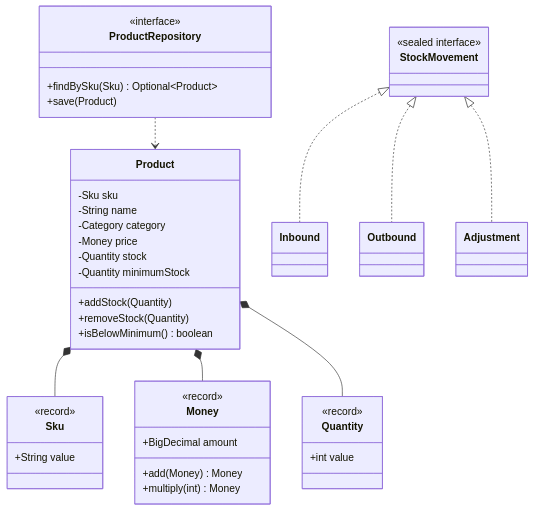
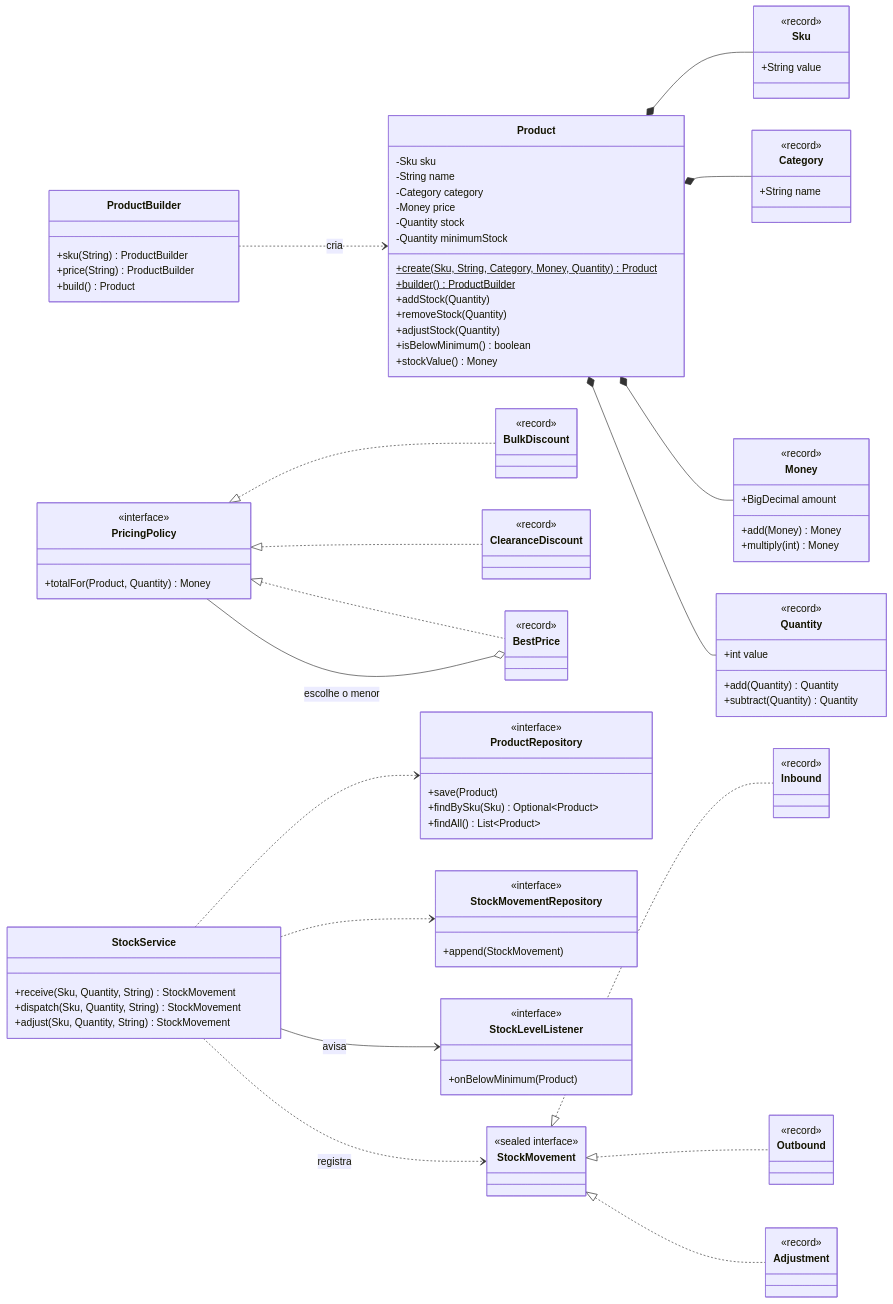
Before and after one commit to GustavoThe01/nidavellir-inventory: the third of 3 diagrams in README.md, drawn with Mermaid. The commit also changed other lines of this file and 33 other files, not shown here.

````diff
--- a/README.md
+++ b/README.md
@@ -168,5 +173,6 @@
 ```mermaid
 classDiagram
+    direction LR
     class Product {
         -Sku sku
         -String name
@@ -174,13 +180,26 @@
         -Money price
         -Quantity stock
         -Quantity minimumStock
+        +create(Sku, String, Category, Money, Quantity)$ Product
+        +builder()$ ProductBuilder
         +addStock(Quantity)
         +removeStock(Quantity)
+        +adjustStock(Quantity)
         +isBelowMinimum() boolean
+        +stockValue() Money
+    }
+    class ProductBuilder {
+        +sku(String) ProductBuilder
+        +price(String) ProductBuilder
+        +build() Product
     }
     class Sku {
         <<record>>
         +String value
+    }
+    class Category {
+        <<record>>
+        +String name
     }
     class Money {
         <<record>>
@@ -191,24 +210,68 @@
     class Quantity {
         <<record>>
         +int value
+        +add(Quantity) Quantity
+        +subtract(Quantity) Quantity
     }
     class StockMovement {
         <<sealed interface>>
     }
-    class Inbound
-    class Outbound
-    class Adjustment
+    class Inbound {
+        <<record>>
+    }
+    class Outbound {
+        <<record>>
+    }
+    class Adjustment {
+        <<record>>
+    }
+    class PricingPolicy {
+        <<interface>>
+        +totalFor(Product, Quantity) Money
+    }
+    class BulkDiscount {
+        <<record>>
+    }
+    class ClearanceDiscount {
+        <<record>>
+    }
+    class BestPrice {
+        <<record>>
+    }
     class ProductRepository {
         <<interface>>
+        +save(Product)
         +findBySku(Sku) Optional~Product~
-        +save(Product)
+        +findAll() List~Product~
+    }
+    class StockMovementRepository {
+        <<interface>>
+        +append(StockMovement)
+    }
+    class StockLevelListener {
+        <<interface>>
+        +onBelowMinimum(Product)
+    }
+    class StockService {
+        +receive(Sku, Quantity, String) StockMovement
+        +dispatch(Sku, Quantity, String) StockMovement
+        +adjust(Sku, Quantity, String) StockMovement
     }
 
     Product *-- Sku
+    Product *-- Category
     Product *-- Money
     Product *-- Quantity
+    ProductBuilder ..> Product : cria
     StockMovement <|.. Inbound
     StockMovement <|.. Outbound
     StockMovement <|.. Adjustment
-    ProductRepository ..> Product
+    PricingPolicy <|.. BulkDiscount
+    PricingPolicy <|.. ClearanceDiscount
+    PricingPolicy <|.. BestPrice
+    BestPrice o-- PricingPolicy : escolhe o menor
+    StockService ..> ProductRepository
+    StockService ..> StockMovementRepository
+    StockService --> StockLevelListener : avisa
+    StockService ..> StockMovement : registra
 ```
````
